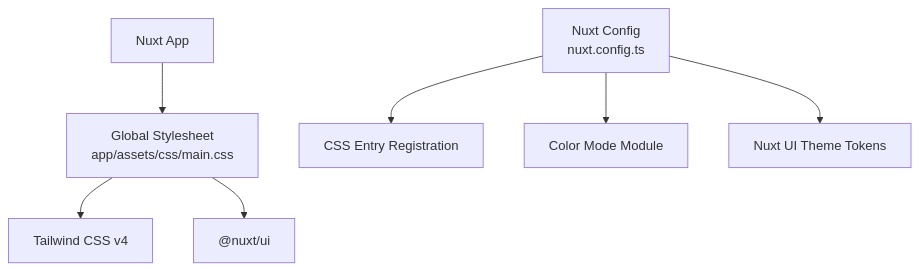
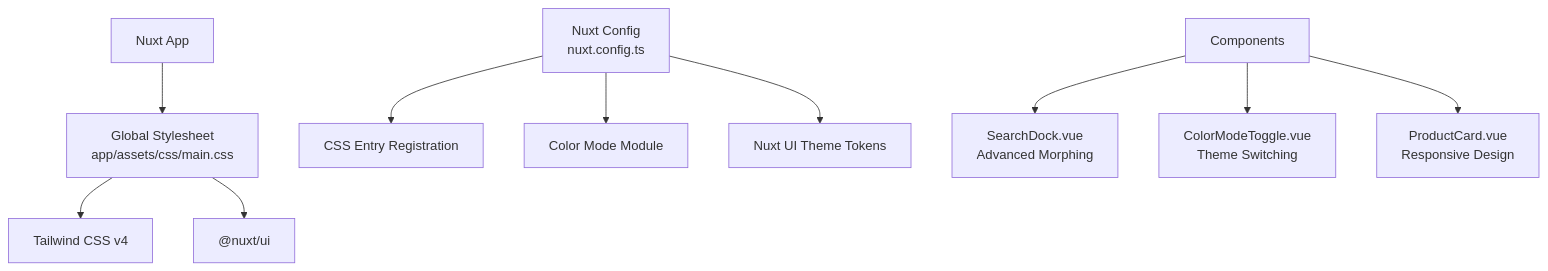
The first of 7 diagrams in .qoder/repowiki/en/content/Styling & Theming.md (RaccoonPie-314/Raccoon-Gear-Bin), drawn with Mermaid before and after one commit. The commit also changed other lines of this file and 51 other files, not shown here.

````diff
--- a/.qoder/repowiki/en/content/Styling & Theming.md
+++ b/.qoder/repowiki/en/content/Styling & Theming.md
@@ -31,9 +40,12 @@
 ```mermaid
 graph TB
 A["Nuxt App"] --> B["Global Stylesheet<br/>app/assets/css/main.css"]
 B --> C["Tailwind CSS v4"]
 B --> D["@nuxt/ui"]
 E["Nuxt Config<br/>nuxt.config.ts"] --> F["CSS Entry Registration"]
 E --> G["Color Mode Module"]
 E --> H["Nuxt UI Theme Tokens"]
+I["Components"] --> J["SearchDock.vue<br/>Advanced Morphing"]
+I --> K["ColorModeToggle.vue<br/>Theme Switching"]
+I --> L["ProductCard.vue<br/>Responsive Design"]
 ```
````
